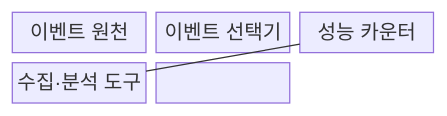
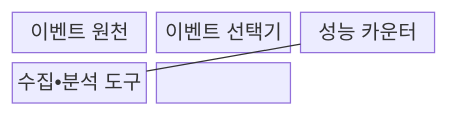
One commit to agnusdei1207/knowledge-base changed the first of 2 diagrams in src/content/docs/notes/02-hardware/091_hardware_performance_counter_pmu.md. Above: the diagram before and after it, drawn with Mermaid. The commit also changed other lines of this file and 953 other files, not shown here.

````diff
--- a/src/content/docs/notes/02-hardware/091_hardware_performance_counter_pmu.md
+++ b/src/content/docs/notes/02-hardware/091_hardware_performance_counter_pmu.md
@@ -81,10 +81,10 @@
 ```mermaid
 block
   columns 3
   E["이벤트 원천"]
   S["이벤트 선택기"]
   C["성능 카운터"]
-  T["수집·분석 도구"]
+  T["수집•분석 도구"]
   E --- S --- C
   C --- T
 ```
````
